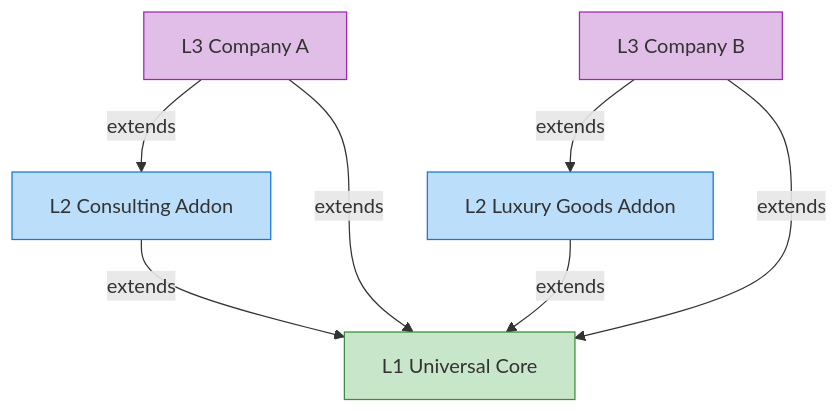
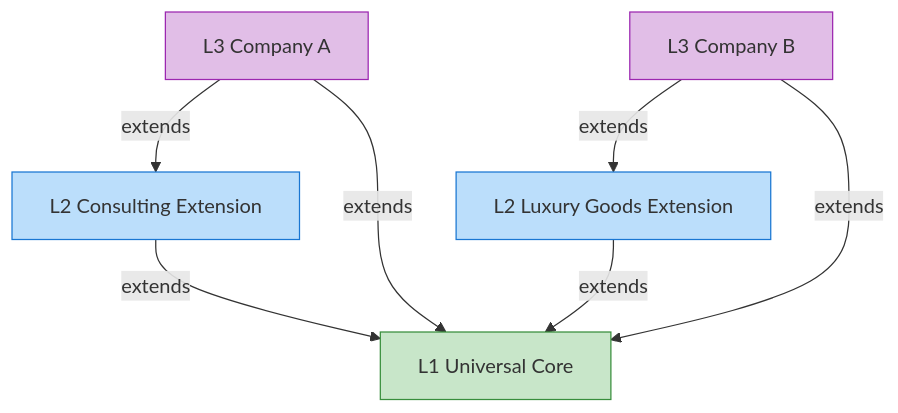
The diagram in docs-site/architecture/inheritance.md (ramphias/universal-ontology-definition), drawn with Mermaid before and after one commit. The commit also changed other lines of this file and 57 other files, not shown here.

Commit message:
refactor: rename addon terminology to extension across the project

````diff
--- a/docs-site/architecture/inheritance.md
+++ b/docs-site/architecture/inheritance.md
@@ -7,21 +7,21 @@
 ```mermaid
 graph TD
     L1["L1 Universal Core"]
-    L2a["L2 Consulting Addon"]
-    L2b["L2 Luxury Goods Addon"]
+    L2a["L2 Consulting Extension"]
+    L2b["L2 Luxury Goods Extension"]
     L3a["L3 Company A"]
     L3b["L3 Company B"]
     
     L3a -->|extends| L2a
     L3a -->|extends| L1
     L3b -->|extends| L2b
     L3b -->|extends| L1
     L2a -->|extends| L1
     L2b -->|extends| L1
     
     style L1 fill:#c8e6c9,stroke:#388e3c
     style L2a fill:#bbdefb,stroke:#1976d2
     style L2b fill:#bbdefb,stroke:#1976d2
     style L3a fill:#e1bee7,stroke:#9c27b0
     style L3b fill:#e1bee7,stroke:#9c27b0
 ```
````
